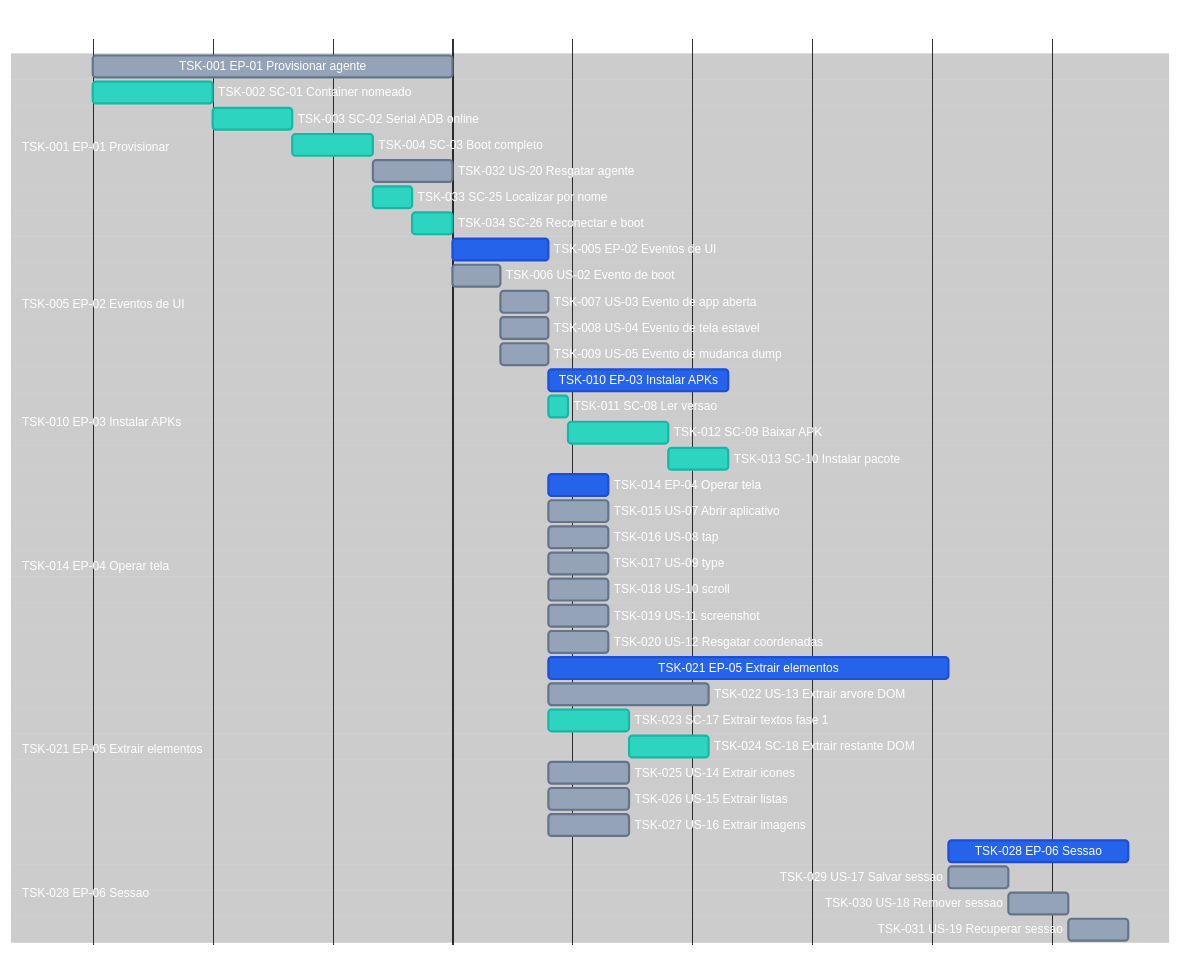
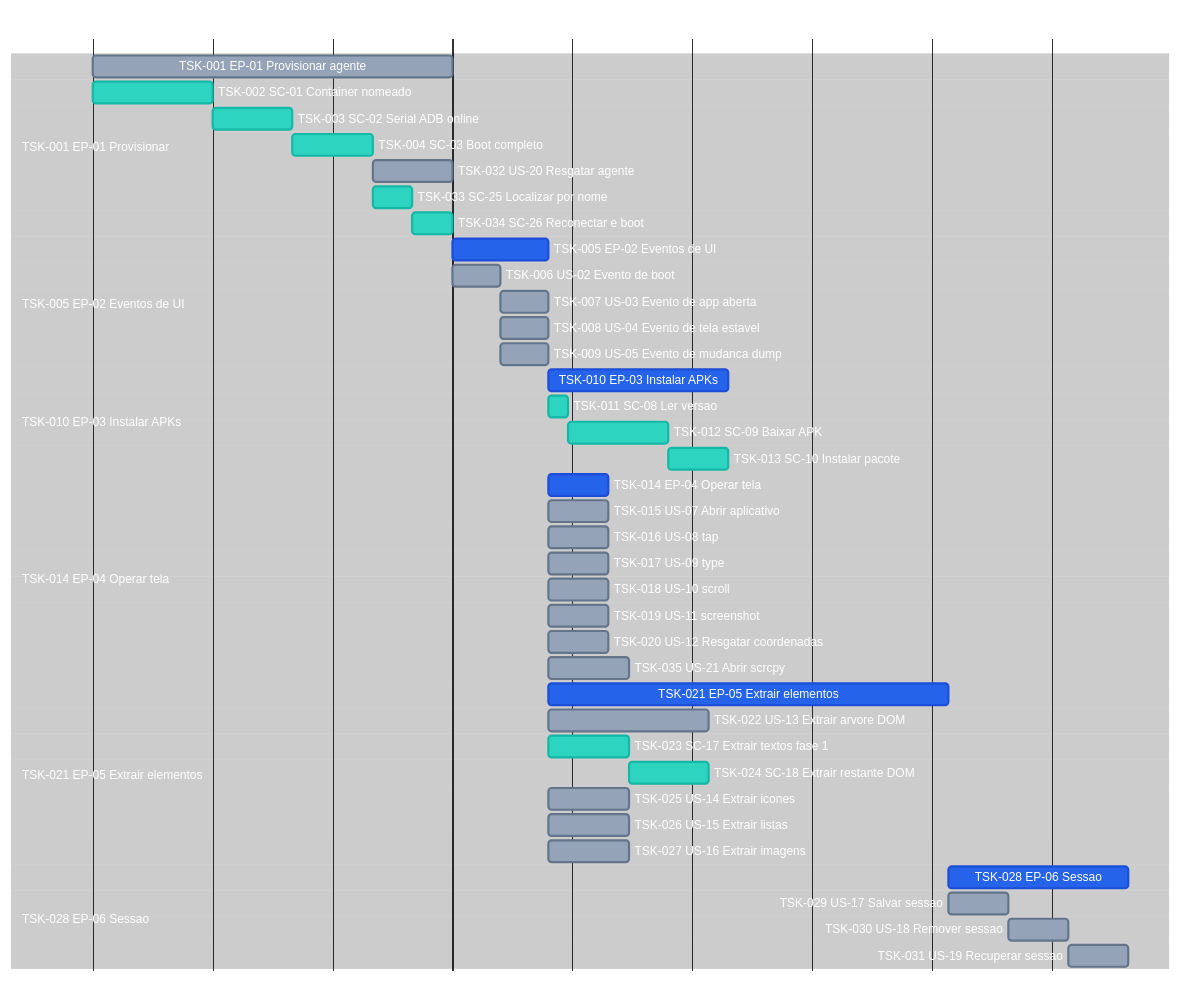
One commit to laerciogermano/workstation changed the diagram in screen-robot/7.tasks.md. Above: the diagram before and after it, drawn with Mermaid. The commit also changed other lines of this file and 11 other files, not shown here.

First line of the commit message:
Adiciona US-21: abrir scrcpy via handle.openScrcpy.

```diff
--- a/screen-robot/7.tasks.md
+++ b/screen-robot/7.tasks.md
@@ -82,6 +82,7 @@
   TSK-018 US-10 scroll                  :tsk18, after tsk09, 15m
   TSK-019 US-11 screenshot              :tsk19, after tsk09, 15m
   TSK-020 US-12 Resgatar coordenadas    :tsk20, after tsk09, 15m
+  TSK-035 US-21 Abrir scrcpy            :tsk35, after tsk09, 20m
 
   section TSK-021 EP-05 Extrair elementos
   TSK-021 EP-05 Extrair elementos       :done, tsk21, after tsk09, 100m
```
